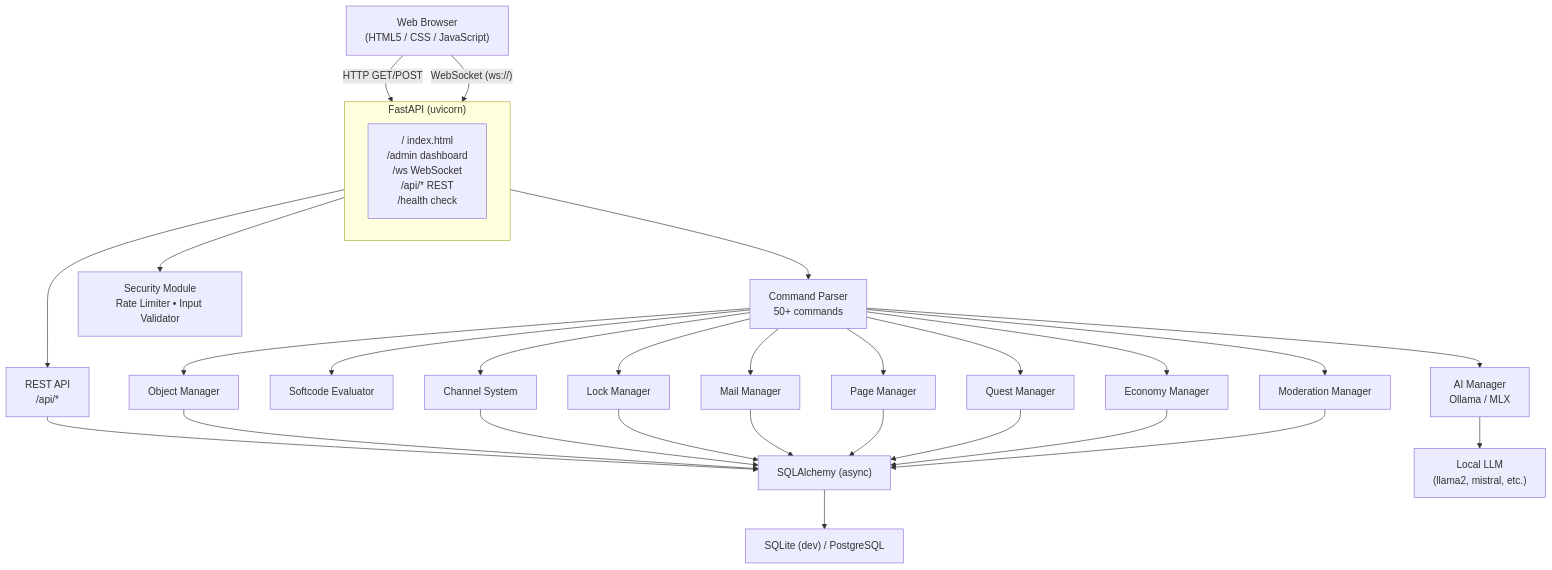
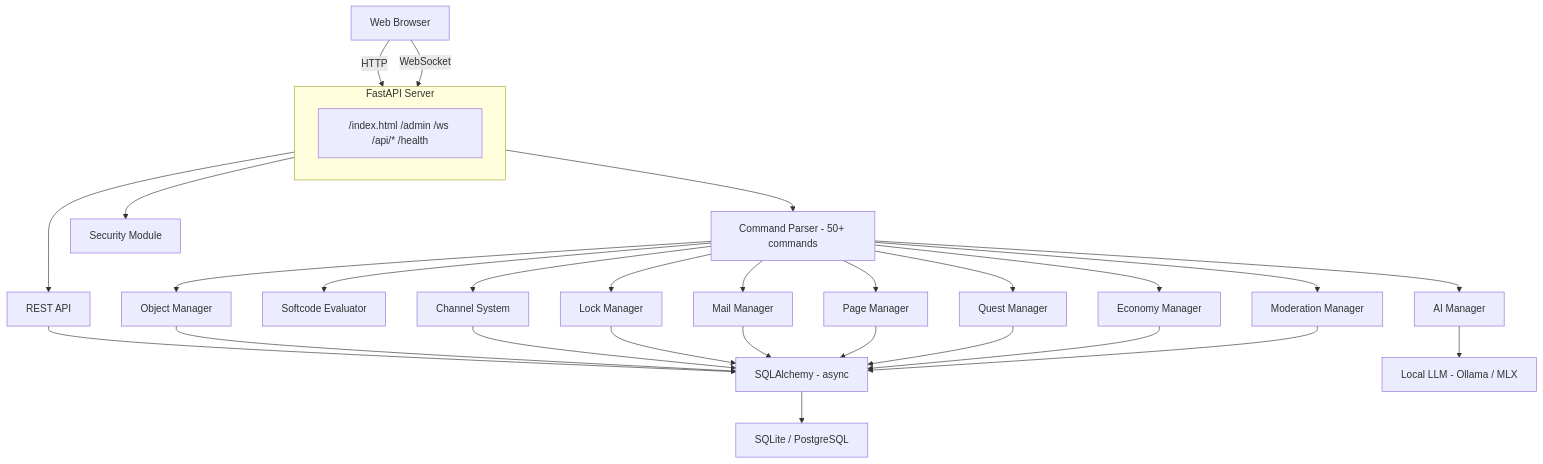
The diagram in README.md (kochj23/Web-Pennmush), drawn with Mermaid before and after one commit. The commit also changed other lines of this file, not shown here.

Commit message:
docs: Rewrite README with mermaid architecture diagrams

````diff
--- a/README.md
+++ b/README.md
@@ -16,39 +18,37 @@
 ```mermaid
 graph TD
-    Browser["Web Browser<br/>(HTML5 / CSS / JavaScript)"]
+    Browser["Web Browser"] -- "HTTP" --> FastAPI
+    Browser -- "WebSocket" --> FastAPI
 
-    Browser -- "HTTP GET/POST" --> FastAPI
-    Browser -- "WebSocket (ws://)" --> FastAPI
-
-    subgraph FastAPI["FastAPI (uvicorn)"]
-        Routes["/ index.html<br/>/admin dashboard<br/>/ws WebSocket<br/>/api/* REST<br/>/health check"]
+    subgraph FastAPI["FastAPI Server"]
+        Routes["/index.html /admin /ws /api/* /health"]
     end
 
-    FastAPI --> CommandParser["Command Parser<br/>50+ commands"]
-    FastAPI --> RestAPI["REST API<br/>/api/*"]
-    FastAPI --> Security["Security Module<br/>Rate Limiter &bull; Input Validator"]
+    FastAPI --> CP["Command Parser - 50+ commands"]
+    FastAPI --> REST["REST API"]
+    FastAPI --> SEC["Security Module"]
 
-    CommandParser --> Objects["Object Manager"]
-    CommandParser --> Softcode["Softcode Evaluator"]
-    CommandParser --> Channels["Channel System"]
-    CommandParser --> Locks["Lock Manager"]
-    CommandParser --> MailSys["Mail Manager"]
-    CommandParser --> Pages["Page Manager"]
-    CommandParser --> Quests["Quest Manager"]
-    CommandParser --> Economy["Economy Manager"]
-    CommandParser --> Moderation["Moderation Manager"]
-    CommandParser --> AIManager["AI Manager<br/>Ollama / MLX"]
+    CP --> OBJ["Object Manager"]
+    CP --> SC["Softcode Evaluator"]
+    CP --> CH["Channel System"]
+    CP --> LK["Lock Manager"]
+    CP --> ML["Mail Manager"]
+    CP --> PG["Page Manager"]
+    CP --> QM["Quest Manager"]
+    CP --> EC["Economy Manager"]
+    CP --> MOD["Moderation Manager"]
+    CP --> AI["AI Manager"]
 
-    RestAPI --> ORM
-    Objects --> ORM["SQLAlchemy (async)"]
-    Channels --> ORM
-    Locks --> ORM
-    MailSys --> ORM
-    Pages --> ORM
-    Quests --> ORM
-    Economy --> ORM
-    Moderation --> ORM
+    REST --> ORM["SQLAlchemy - async"]
+    OBJ --> ORM
+    CH --> ORM
+    LK --> ORM
+    ML --> ORM
+    PG --> ORM
+    QM --> ORM
+    EC --> ORM
+    MOD --> ORM
 
-    ORM --> DB["SQLite (dev) / PostgreSQL"]
-    AIManager --> LLM["Local LLM<br/>(llama2, mistral, etc.)"]
+    ORM --> DB["SQLite / PostgreSQL"]
+    AI --> LLM["Local LLM - Ollama / MLX"]
 ```
````
